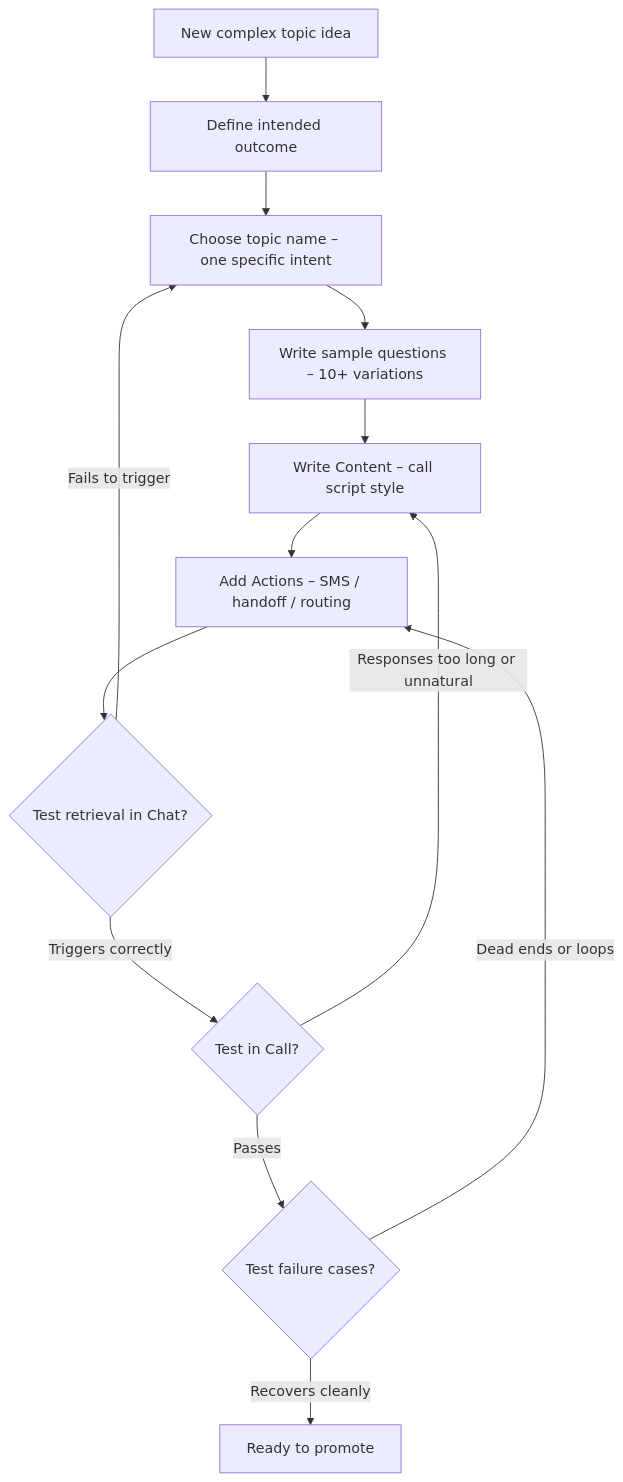
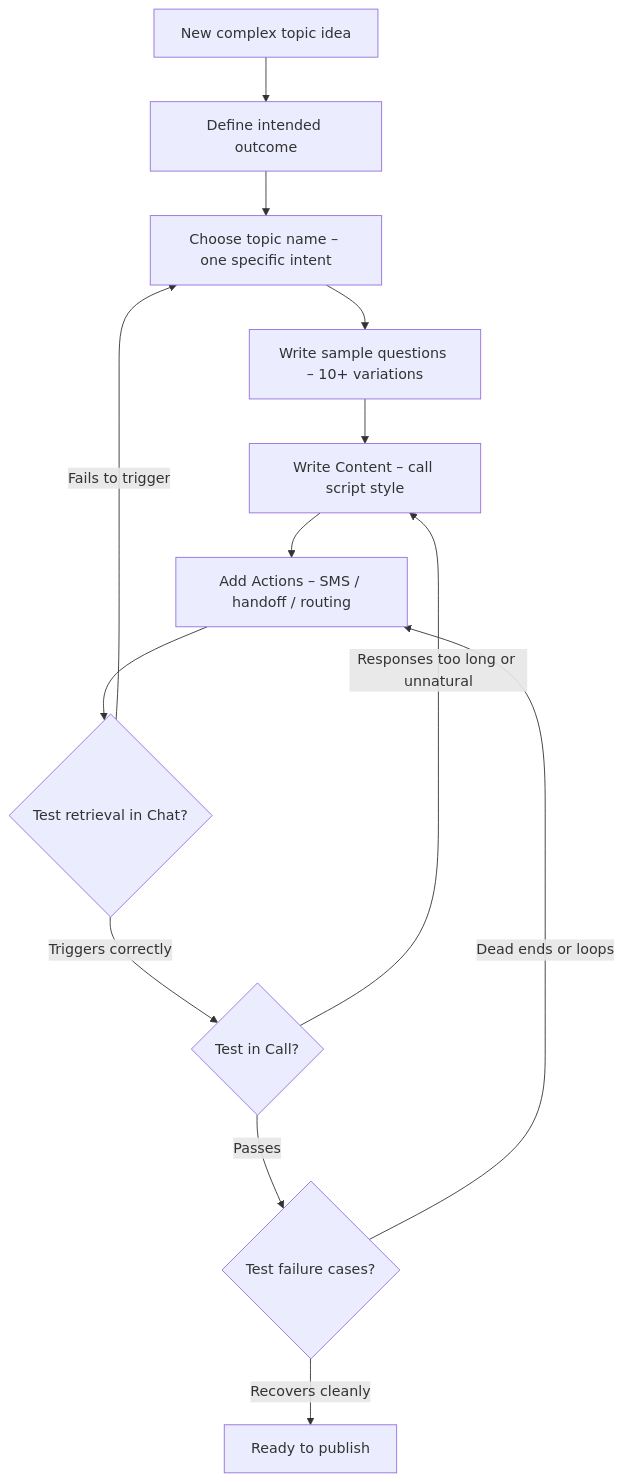
One commit to PolyAI-LDN/polyai-mintlify-doc changed the diagram in learn/guides/advanced/add-complex-kb-topic.mdx. Above: the diagram before and after it, drawn with Mermaid. The commit also changed 104 other files, not shown here.

````diff
--- a/learn/guides/advanced/add-complex-kb-topic.mdx
+++ b/learn/guides/advanced/add-complex-kb-topic.mdx
@@ -54,15 +54,15 @@
 ```mermaid
 flowchart TD
     A[New complex topic idea] --> B[Define intended outcome]
     B --> C[Choose topic name – one specific intent]
     C --> D[Write sample questions – 10+ variations]
     D --> E[Write Content – call script style]
     E --> F[Add Actions – SMS / handoff / routing]
     F --> G{Test retrieval in Chat?}
     G -->|Fails to trigger| C
     G -->|Triggers correctly| H{Test in Call?}
     H -->|Responses too long or unnatural| E
     H -->|Passes| I{Test failure cases?}
     I -->|Dead ends or loops| F
-    I -->|Recovers cleanly| J[Ready to promote]
+    I -->|Recovers cleanly| J[Ready to publish]
 ```
````
